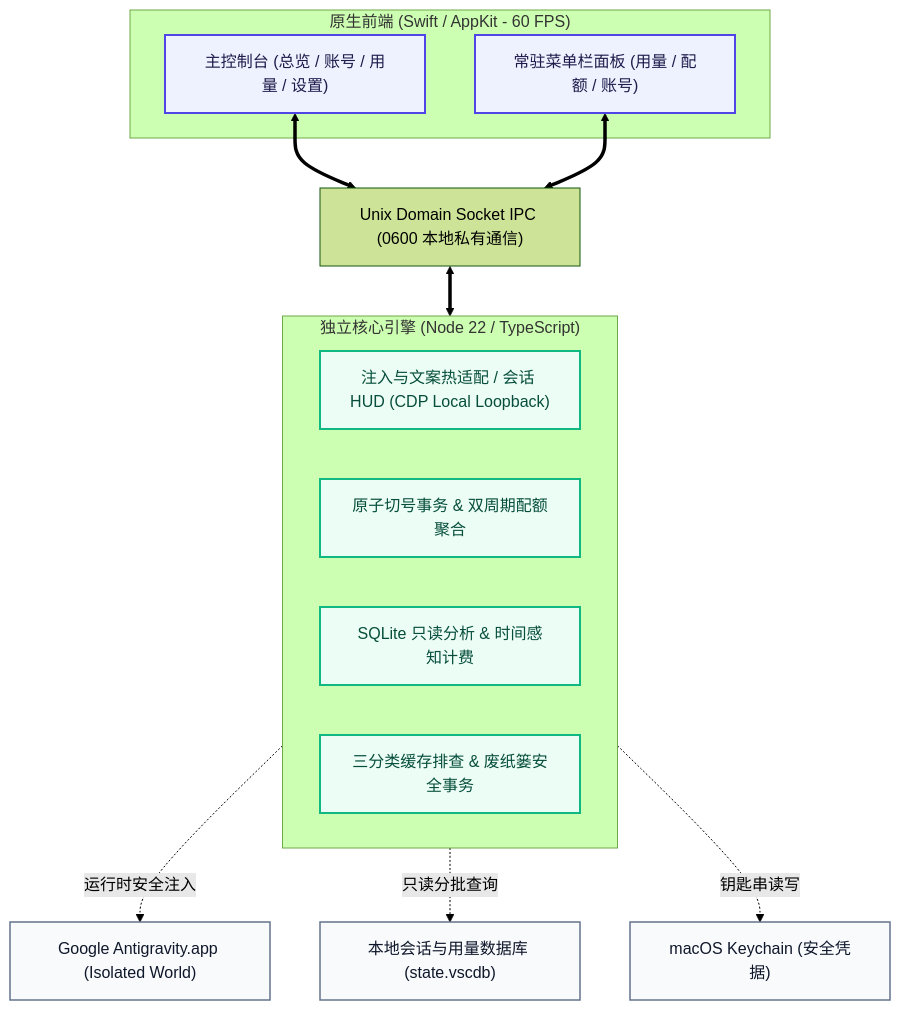
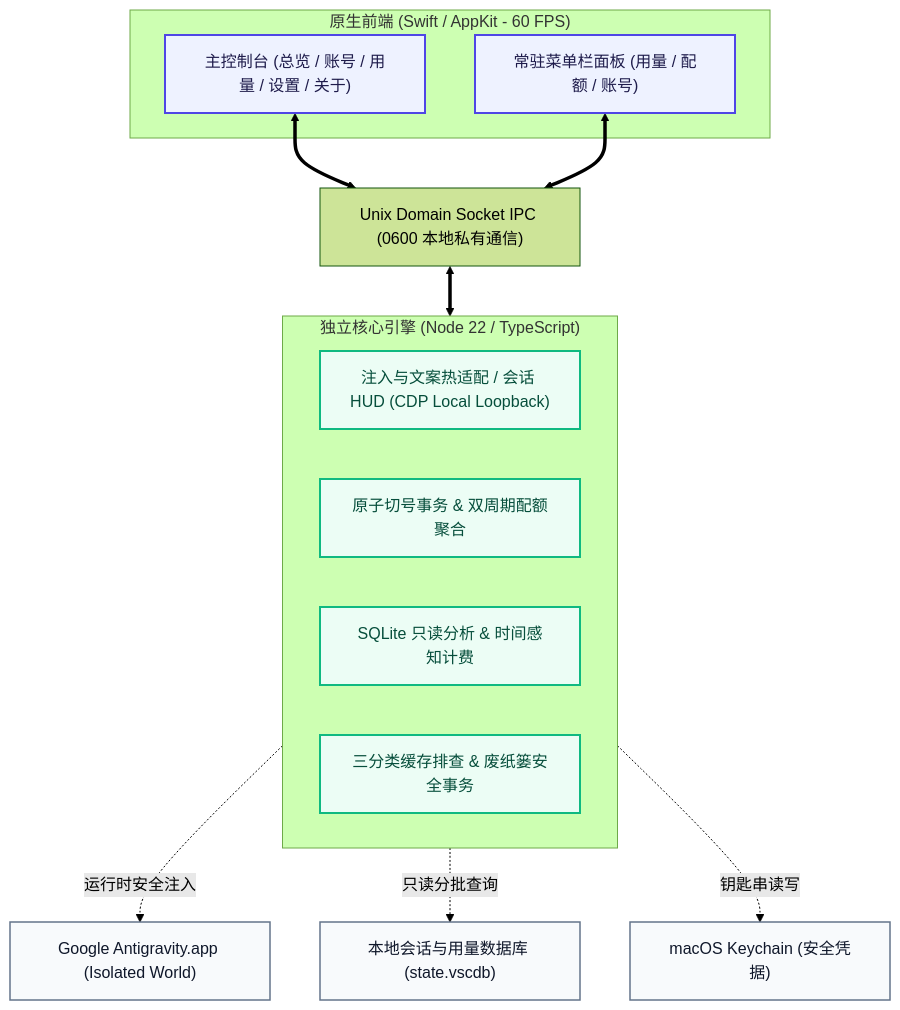
One commit to Enzoo404/gravitybox changed the diagram in README.md. Above: the diagram before and after it, drawn with Mermaid (forest theme). The commit also changed other lines of this file and 66 other files, not shown here.

````diff
--- a/README.md
+++ b/README.md
@@ -236,27 +236,27 @@
 ```mermaid
 graph TD
     classDef native fill:#EEF2FF,stroke:#4F46E5,stroke-width:2px,color:#1E1B4B;
     classDef core fill:#ECFDF5,stroke:#10B981,stroke-width:2px,color:#064E3B;
     classDef ext fill:#F8FAFC,stroke:#64748B,stroke-width:1.5px,color:#0F172A;
 
     subgraph NativeUI["原生前端 (Swift / AppKit - 60 FPS)"]
-        MW["主控制台 (总览 / 账号 / 用量 / 设置)"]:::native
+        MW["主控制台 (总览 / 账号 / 用量 / 设置 / 关于)"]:::native
         MB["常驻菜单栏面板 (用量 / 配额 / 账号)"]:::native
     end
 
     UDS["Unix Domain Socket IPC (0600 本地私有通信)"]
 
     subgraph CoreBackend["独立核心引擎 (Node 22 / TypeScript)"]
         Engine["注入与文案热适配 / 会话 HUD (CDP Local Loopback)"]:::core
         Accounts["原子切号事务 & 双周期配额聚合"]:::core
         Usage["SQLite 只读分析 & 时间感知计费"]:::core
         Maintenance["三分类缓存排查 & 废纸篓安全事务"]:::core
     end
 
     MW <==> UDS <==> CoreBackend
     MB <==> UDS
 
     CoreBackend -. 运行时安全注入 .-> TargetApp["Google Antigravity.app (Isolated World)"]:::ext
     CoreBackend -. 只读分批查询 .-> SQLiteDB["本地会话与用量数据库 (state.vscdb)"]:::ext
     CoreBackend -. 钥匙串读写 .-> Keychain["macOS Keychain (安全凭据)"]:::ext
 ```
````
